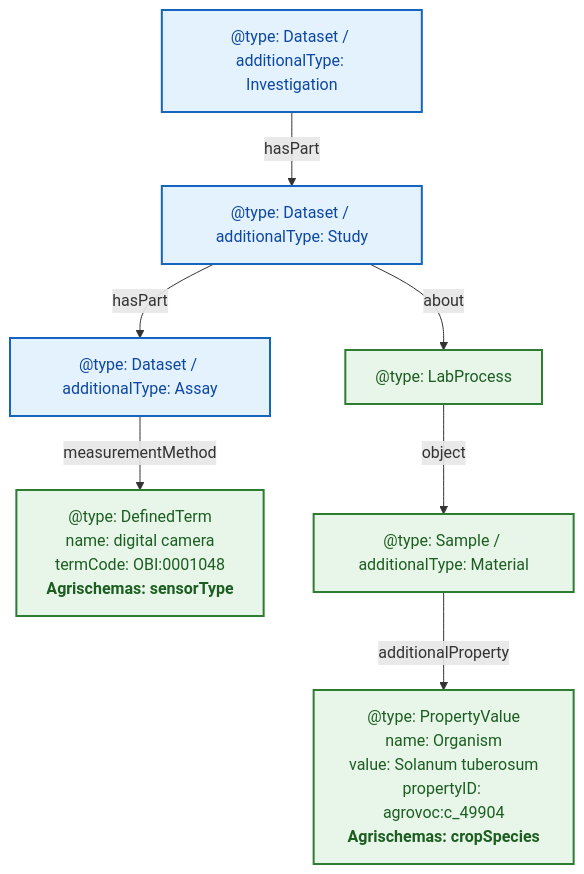
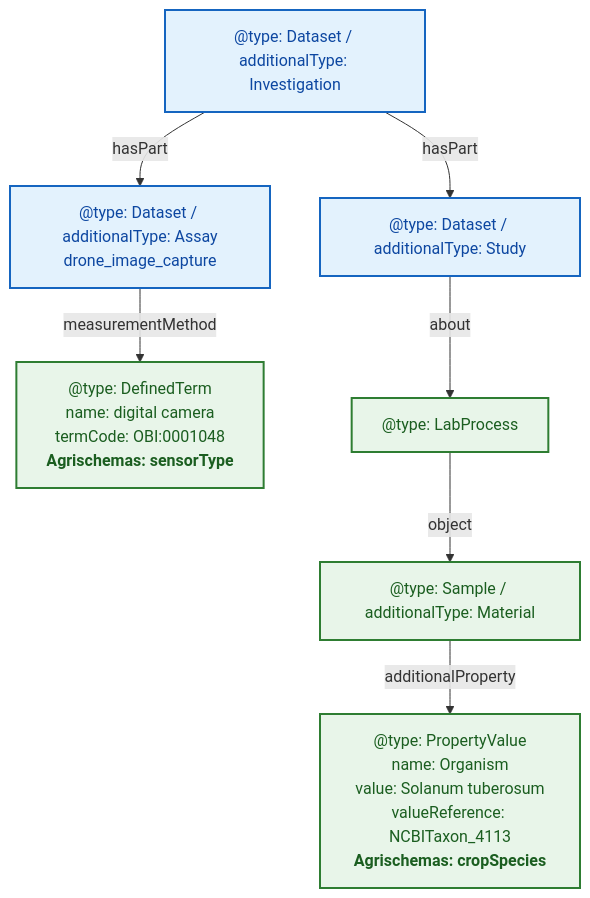
One commit to jorgitogb/fairweaver changed the second of 4 diagrams in docs/slides/fairst-workflow-slides.md. Above: the diagram before and after it, drawn with Mermaid. The commit also changed other lines of this file and 16 other files, not shown here.

````diff
--- a/docs/slides/fairst-workflow-slides.md
+++ b/docs/slides/fairst-workflow-slides.md
@@ -79,20 +79,20 @@
 ```mermaid
 flowchart TD
     I["@type: Dataset / additionalType: Investigation"]
     S["@type: Dataset / additionalType: Study"]
-    A["@type: Dataset / additionalType: Assay"]
+    A["@type: Dataset / additionalType: Assay<br/>drone_image_capture"]
     I -->|"hasPart"| S
-    S -->|"hasPart"| A
+    I -->|"hasPart"| A
 
     A -->|"measurementMethod"| DT["@type: DefinedTerm<br/>name: digital camera<br/>termCode: OBI:0001048<br/><b>Agrischemas: sensorType</b>"]
 
     S -->|"about"| LP["@type: LabProcess"]
     LP -->|"object"| SM["@type: Sample / additionalType: Material"]
-    SM -->|"additionalProperty"| PV["@type: PropertyValue<br/>name: Organism<br/>value: Solanum tuberosum<br/>propertyID: agrovoc:c_49904<br/><b>Agrischemas: cropSpecies</b>"]
+    SM -->|"additionalProperty"| PV["@type: PropertyValue<br/>name: Organism<br/>value: Solanum tuberosum<br/>valueReference: NCBITaxon_4113<br/><b>Agrischemas: cropSpecies</b>"]
 
     classDef isa fill:#e3f2fd,stroke:#1565c0,stroke-width:2px,color:#0d47a1
     classDef leaf fill:#e8f5e9,stroke:#2e7d32,stroke-width:2px,color:#1b5e20
 
     class I,S,A isa
     class DT,LP,SM,PV leaf
 ```
````
